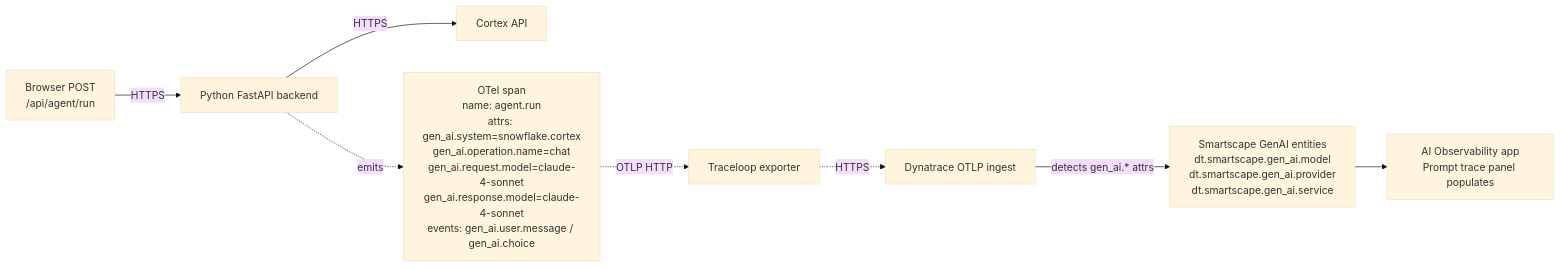
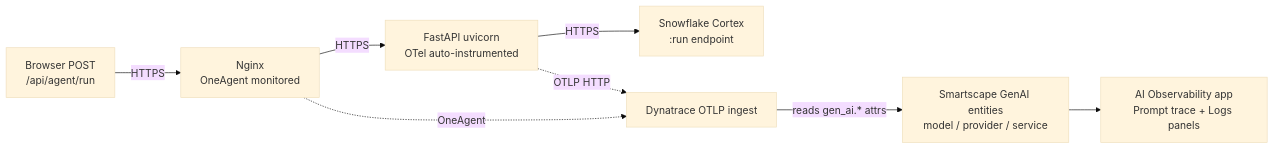
Before and after one commit to SudoSmitty/fieldops-demo: the diagram in README.md, drawn with Mermaid (base theme). The commit also changed other lines of this file, not shown here.

````diff
--- a/README.md
+++ b/README.md
@@ -43,10 +49,10 @@
 ```mermaid
 flowchart LR
-  A[Browser POST<br>/api/agent/run] -->|HTTPS| B[Python FastAPI backend]
-  B -->|HTTPS| C[Cortex API]
-  B -.emits.-> S["OTel span<br>name: agent.run<br>attrs: gen_ai.system=snowflake.cortex<br>gen_ai.operation.name=chat<br>gen_ai.request.model=claude-4-sonnet<br>gen_ai.response.model=claude-4-sonnet<br>events: gen_ai.user.message / gen_ai.choice"]
-  S -.OTLP HTTP.-> T[Traceloop exporter]
-  T -.HTTPS.-> G[Dynatrace OTLP ingest]
-  G -->|detects gen_ai.* attrs| SS[Smartscape GenAI entities<br>dt.smartscape.gen_ai.model<br>dt.smartscape.gen_ai.provider<br>dt.smartscape.gen_ai.service]
-  SS --> AIO[AI Observability app<br>Prompt trace panel populates]
+  A[Browser POST<br>/api/agent/run] -->|HTTPS| N[Nginx<br>OneAgent monitored]
+  N -->|HTTPS| F[FastAPI uvicorn<br>OTel auto-instrumented]
+  F -->|HTTPS| C[Snowflake Cortex<br>:run endpoint]
+  F -.OTLP HTTP.-> G[Dynatrace OTLP ingest]
+  G -->|reads gen_ai.* attrs| SS[Smartscape GenAI entities<br>model / provider / service]
+  SS --> AIO[AI Observability app<br>Prompt trace + Logs panels]
+  N -.OneAgent.-> G
 ```
````
